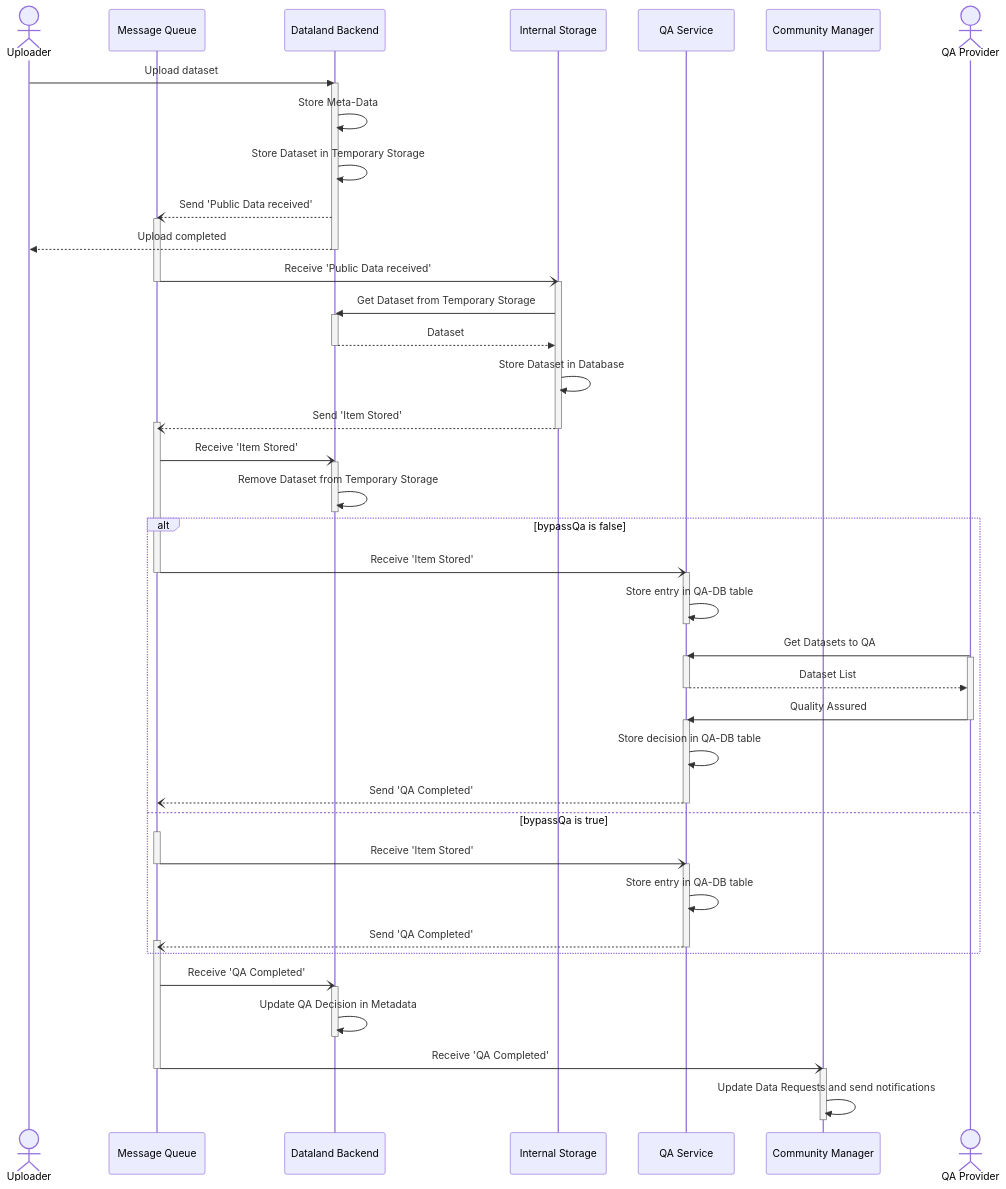
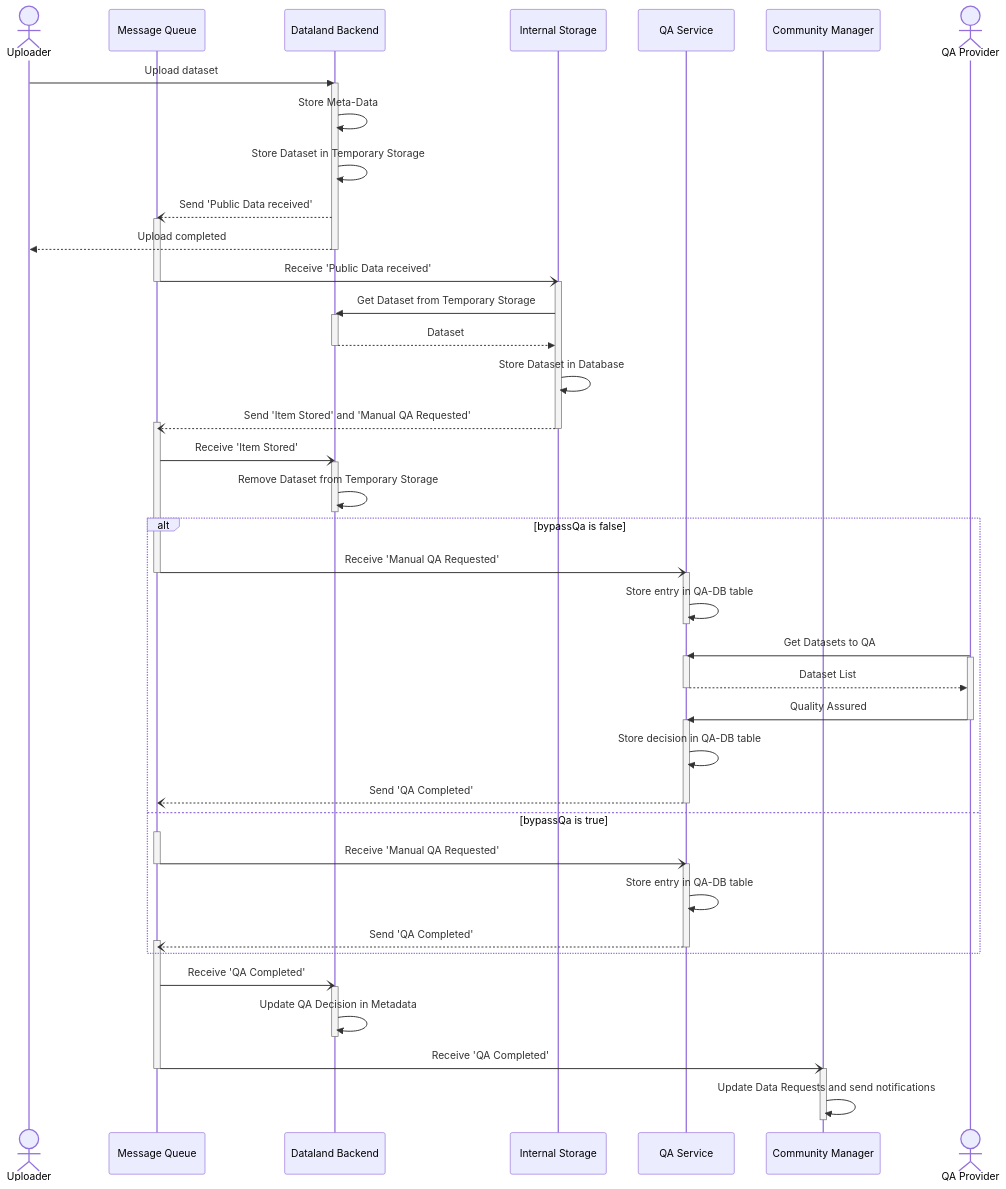
The diagram in documentation/processes/data_upload_and_qa_process.md (d-fine/Dataland), drawn with Mermaid before and after one commit.

````diff
--- a/documentation/processes/data_upload_and_qa_process.md
+++ b/documentation/processes/data_upload_and_qa_process.md
@@ -11,75 +11,75 @@
 ```mermaid
 sequenceDiagram
     actor Uploader
     participant mq as Message Queue
     participant backend as Dataland Backend
     participant storage as Internal Storage
     participant qaService as QA Service
     participant community as Community Manager
     actor qaler as QA Provider
     Uploader ->> backend: Upload dataset
     activate backend
     backend ->> backend: Store Meta-Data
     backend ->> backend: Store Dataset in Temporary Storage
     backend --) mq: Send 'Public Data received'
     activate mq
     backend -->> Uploader: Upload completed
     deactivate backend
     mq -) storage: Receive 'Public Data received'
     deactivate mq
     activate storage
     storage ->> backend: Get Dataset from Temporary Storage
     activate backend
     backend -->> storage: Dataset
     deactivate backend
     storage ->> storage: Store Dataset in Database
-    storage --) mq: Send 'Item Stored'
+    storage --) mq: Send 'Item Stored' and 'Manual QA Requested'
     activate mq
     deactivate storage
 
     mq -) backend: Receive 'Item Stored'
     activate backend
     backend ->> backend: Remove Dataset from Temporary Storage
     deactivate backend
     alt bypassQa is false
-        mq -) qaService: Receive 'Item Stored'
+        mq -) qaService: Receive 'Manual QA Requested'
         deactivate mq
         activate qaService
         qaService ->> qaService: Store entry in QA-DB table
         deactivate qaService
 
         qaler ->> qaService: Get Datasets to QA
         activate qaService
         activate qaler
         qaService -->> qaler: Dataset List
         deactivate qaService
         qaler ->> qaService: Quality Assured
         deactivate qaler
         activate qaService
         qaService ->> qaService: Store decision in QA-DB table
 
         qaService --) mq: Send 'QA Completed'
         deactivate qaService
 
     else bypassQa is true
         activate mq
-        mq -) qaService: Receive 'Item Stored'
+        mq -) qaService: Receive 'Manual QA Requested'
         deactivate mq
         activate qaService
         qaService ->> qaService: Store entry in QA-DB table
         qaService --) mq: Send 'QA Completed'
         activate mq
         deactivate qaService
     end
 
     mq -) backend: Receive 'QA Completed'
     activate backend
     backend ->> backend: Update QA Decision in Metadata
     deactivate backend
 
     mq -) community: Receive 'QA Completed'
     deactivate mq
     activate community
     community ->> community: Update Data Requests and send notifications
     deactivate community
 ```
````
